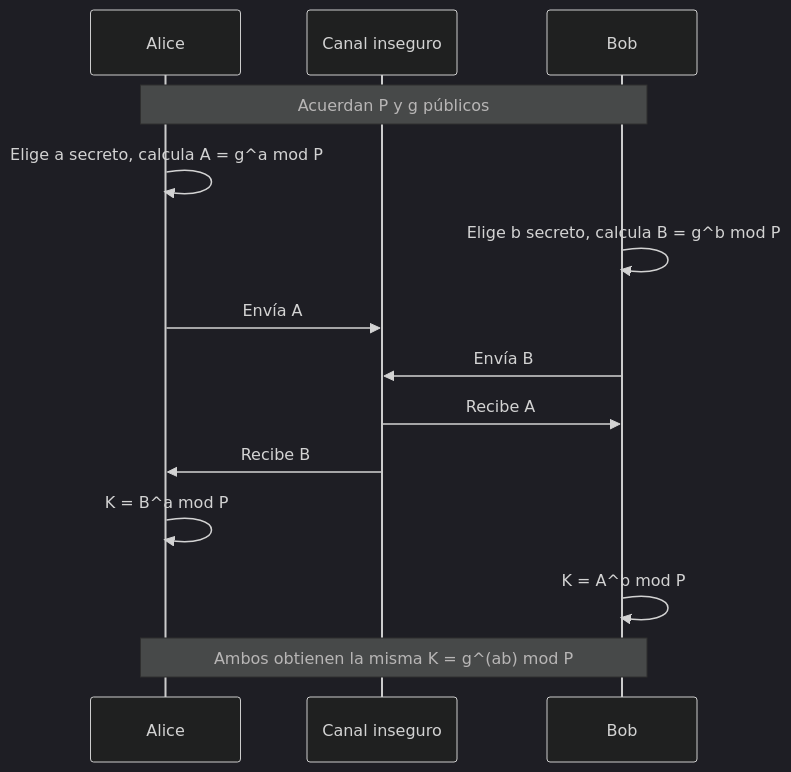
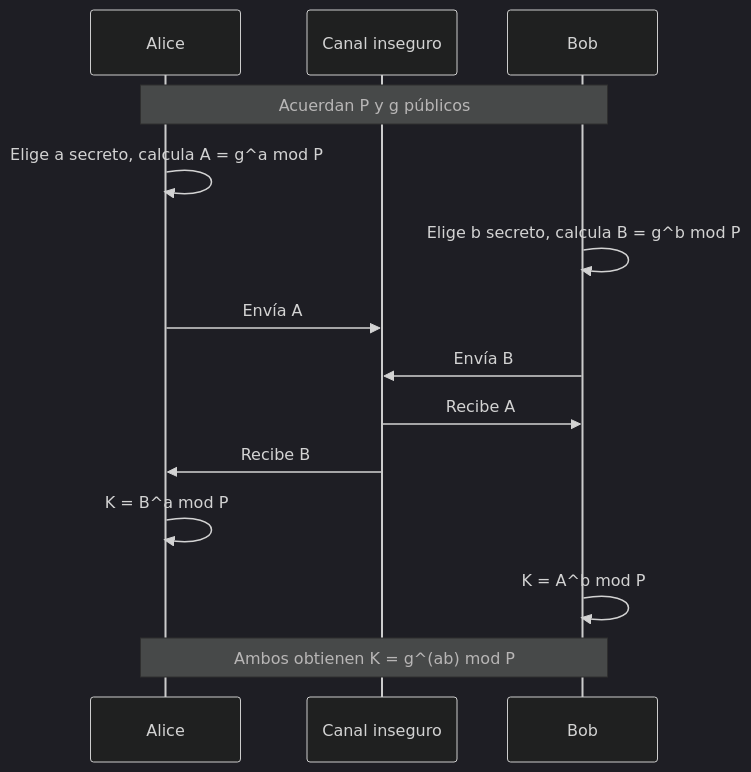
Before and after one commit to jessicaromero-ctrl/Cibersecurity: the second of 5 diagrams in corte-02/practicas/rsa-diffie-hellman/readme.md, drawn with Mermaid (dark theme). The commit also changed other lines of this file and 1 other file, not shown here.

````diff
--- a/corte-02/practicas/rsa-diffie-hellman/readme.md
+++ b/corte-02/practicas/rsa-diffie-hellman/readme.md
@@ -86,16 +86,16 @@
 ```mermaid
 sequenceDiagram
     participant Alice
     participant Canal as Canal inseguro
     participant Bob
     Note over Alice,Bob: Acuerdan P y g públicos
     Alice->>Alice: Elige a secreto, calcula A = g^a mod P
     Bob->>Bob: Elige b secreto, calcula B = g^b mod P
     Alice->>Canal: Envía A
     Bob->>Canal: Envía B
     Canal->>Bob: Recibe A
     Canal->>Alice: Recibe B
     Alice->>Alice: K = B^a mod P
     Bob->>Bob: K = A^b mod P
-    Note over Alice,Bob: Ambos obtienen la misma K = g^(ab) mod P
+    Note over Alice,Bob: Ambos obtienen K = g^(ab) mod P
 ```
````
